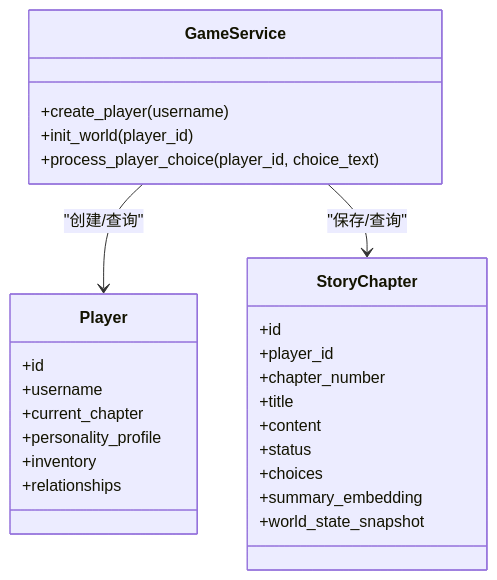
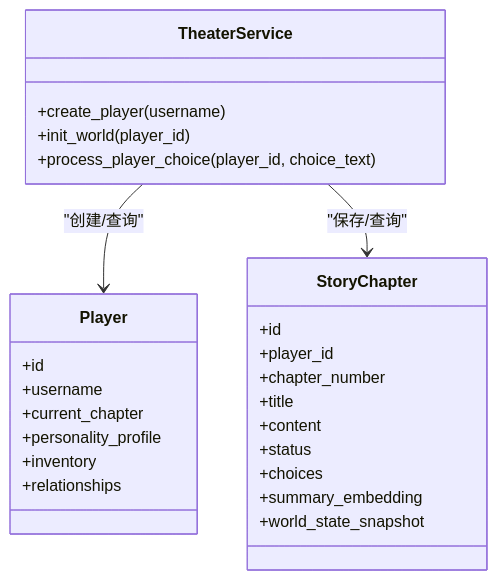
The fifth of 9 diagrams in .qoder/repowiki/zh/content/前端开发指南/WebSocket 实时通信.md (KunLabAI/KunFlix), drawn with Mermaid before and after one commit. The commit also changed other lines of this file and 112 other files, not shown here.

````diff
--- a/.qoder/repowiki/zh/content/前端开发指南/WebSocket 实时通信.md
+++ b/.qoder/repowiki/zh/content/前端开发指南/WebSocket 实时通信.md
@@ -201,29 +201,29 @@
 ```mermaid
 classDiagram
-class GameService {
+class TheaterService {
 +create_player(username)
 +init_world(player_id)
 +process_player_choice(player_id, choice_text)
 }
 class Player {
 +id
 +username
 +current_chapter
 +personality_profile
 +inventory
 +relationships
 }
 class StoryChapter {
 +id
 +player_id
 +chapter_number
 +title
 +content
 +status
 +choices
 +summary_embedding
 +world_state_snapshot
 }
-GameService --> Player : "创建/查询"
-GameService --> StoryChapter : "保存/查询"
+TheaterService --> Player : "创建/查询"
+TheaterService --> StoryChapter : "保存/查询"
 ```
````
